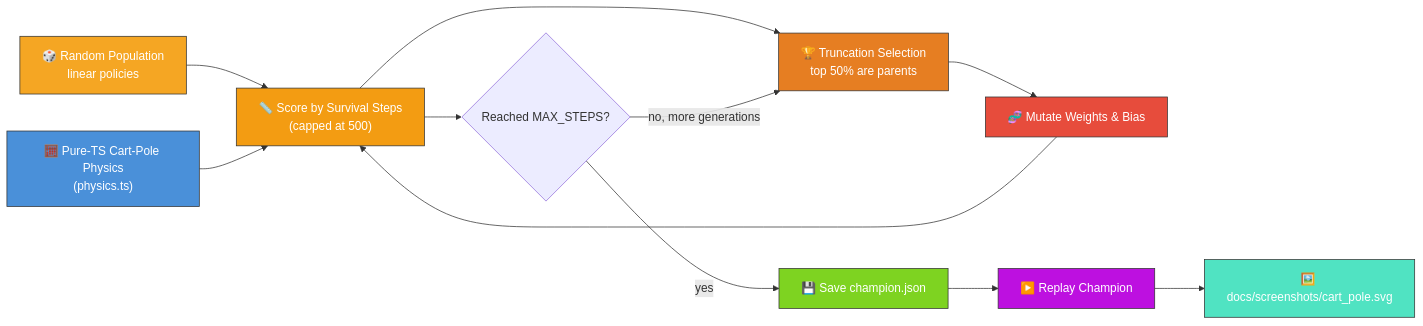
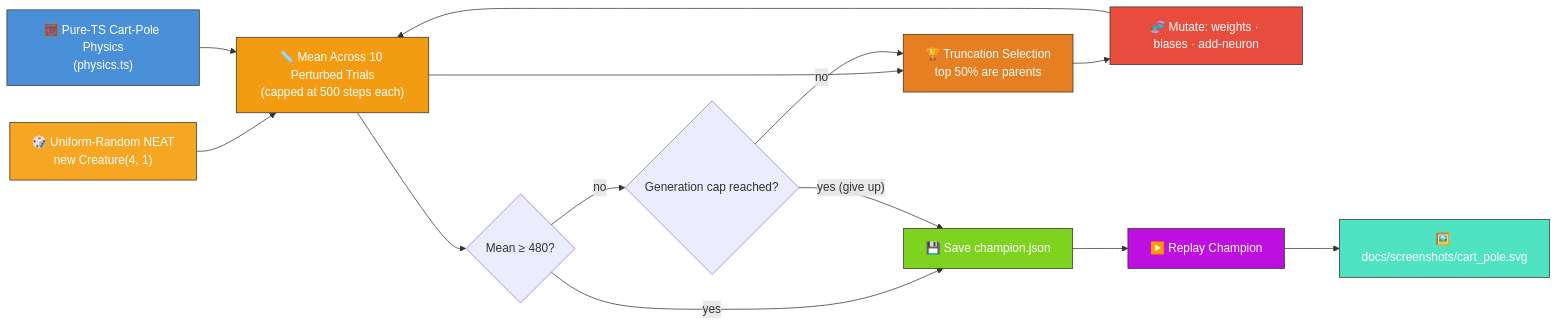
Before and after one commit to stSoftwareAU/NEAT-AI-Examples: the diagram in cart_pole/README.md, drawn with Mermaid. The commit also changed other lines of this file and 6 other files, not shown here.

````diff
--- a/cart_pole/README.md
+++ b/cart_pole/README.md
@@ -15,32 +18,35 @@
 ```mermaid
 flowchart LR
     PHYS["🧮 Pure-TS Cart-Pole Physics<br/>(physics.ts)"]
-    INIT["🎲 Random Population<br/>linear policies"]
-    SCORE["📏 Score by Survival Steps<br/>(capped at 500)"]
+    INIT["🎲 Uniform-Random NEAT<br/>new Creature(4, 1)"]
+    SCORE["📏 Mean Across 10 Perturbed Trials<br/>(capped at 500 steps each)"]
     SELECT["🏆 Truncation Selection<br/>top 50% are parents"]
-    MUTATE["🧬 Mutate Weights & Bias"]
-    SOLVED{"Reached MAX_STEPS?"}
+    MUTATE["🧬 Mutate: weights · biases · add-neuron"]
+    SOLVED{"Mean ≥ 480?"}
+    CAP{"Generation cap reached?"}
     CHAMP["💾 Save champion.json"]
     RUN["▶️ Replay Champion"]
     SVG["🖼️ docs/screenshots/cart_pole.svg"]
 
     INIT --> SCORE
     PHYS --> SCORE
     SCORE --> SELECT
     SELECT --> MUTATE
     MUTATE --> SCORE
     SCORE --> SOLVED
     SOLVED -- yes --> CHAMP
-    SOLVED -- no, more generations --> SELECT
+    SOLVED -- no --> CAP
+    CAP -- no --> SELECT
+    CAP -- yes (give up) --> CHAMP
     CHAMP --> RUN
     RUN --> SVG
 
     style PHYS fill:#4a90d9,stroke:#333,color:#fff
     style INIT fill:#f5a623,stroke:#333,color:#fff
     style SCORE fill:#f39c12,stroke:#333,color:#fff
     style SELECT fill:#e67e22,stroke:#333,color:#fff
     style MUTATE fill:#e74c3c,stroke:#333,color:#fff
     style CHAMP fill:#7ed321,stroke:#333,color:#fff
     style RUN fill:#bd10e0,stroke:#333,color:#fff
     style SVG fill:#50e3c2,stroke:#333,color:#fff
 ```
````
